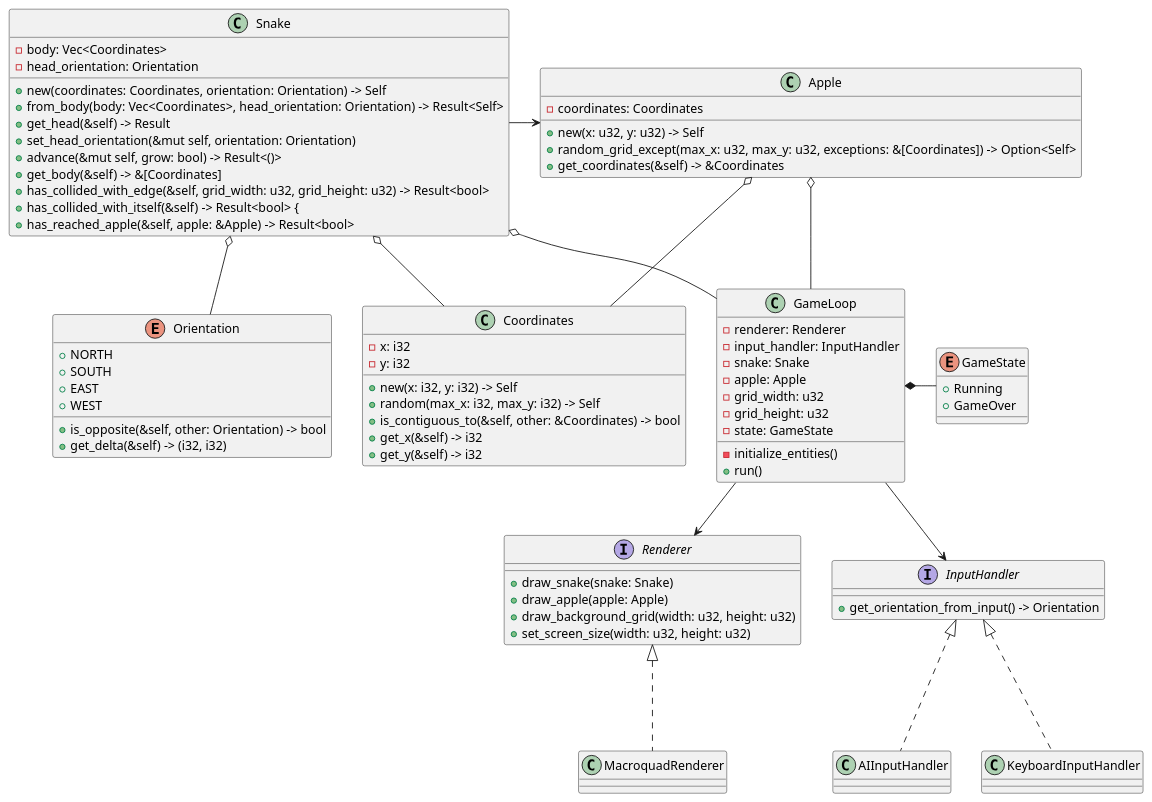
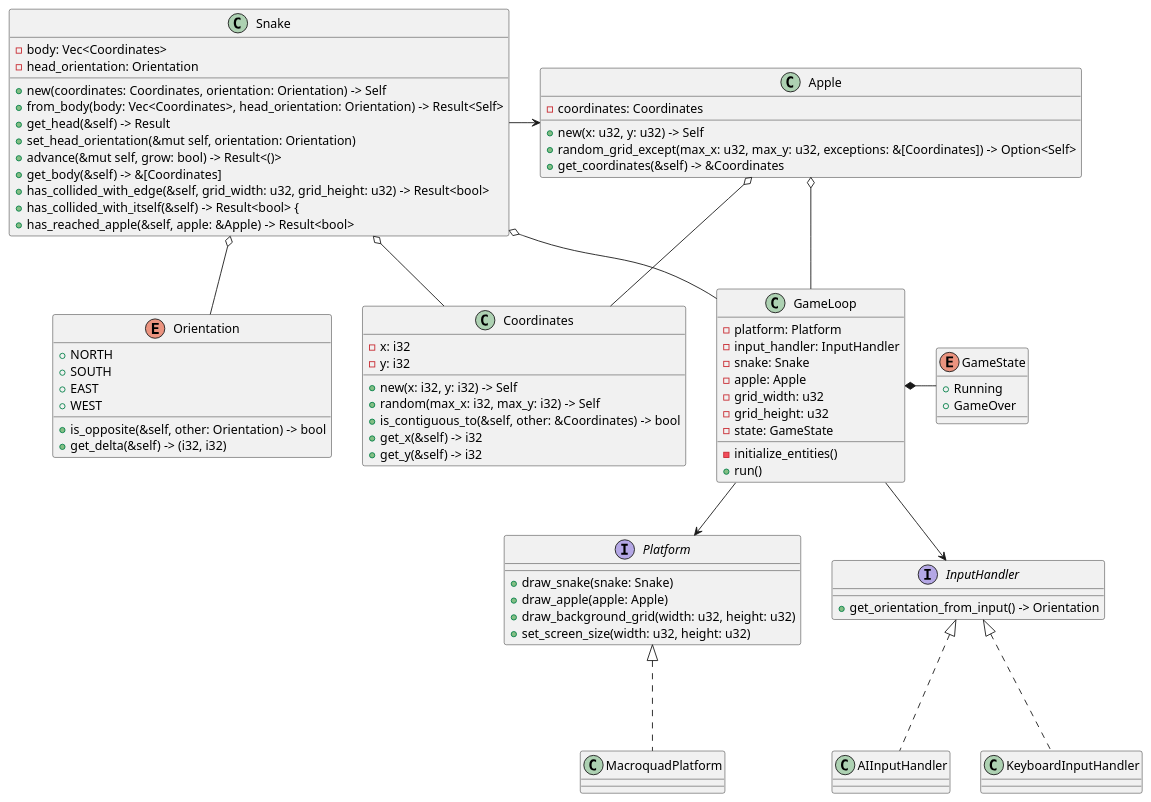
One commit to jmihali/snake-rust changed the diagram in docs/diagrams/src/class_diagram.wsd. Above: the diagram before and after it, drawn with PlantUML. The commit also changed 1 other file, not shown here.

Commit message:
chore: rename renderer to platform

```diff
--- a/docs/diagrams/src/class_diagram.wsd
+++ b/docs/diagrams/src/class_diagram.wsd
@@ -1,89 +1,89 @@
 @startuml joan
 
 Class Snake {
 - body: Vec<Coordinates>
 - head_orientation: Orientation
 + new(coordinates: Coordinates, orientation: Orientation) -> Self
 + from_body(body: Vec<Coordinates>, head_orientation: Orientation) -> Result<Self>
 + get_head(&self) -> Result<&Coordinates>
 + set_head_orientation(&mut self, orientation: Orientation) 
 + advance(&mut self, grow: bool) -> Result<()>
 + get_body(&self) -> &[Coordinates]
 + has_collided_with_edge(&self, grid_width: u32, grid_height: u32) -> Result<bool>
 + has_collided_with_itself(&self) -> Result<bool> {
 + has_reached_apple(&self, apple: &Apple) -> Result<bool>
 }
 
 Class Apple {
 - coordinates: Coordinates
 + new(x: u32, y: u32) -> Self
 + random_grid_except(max_x: u32, max_y: u32, exceptions: &[Coordinates]) -> Option<Self>
 + get_coordinates(&self) -> &Coordinates
 }
 
 Class Coordinates {
 - x: i32
 - y: i32
 + new(x: i32, y: i32) -> Self
 + random(max_x: i32, max_y: i32) -> Self
 + is_contiguous_to(&self, other: &Coordinates) -> bool
 + get_x(&self) -> i32
 + get_y(&self) -> i32
 }
 
 Enum Orientation {
     + NORTH
     + SOUTH
     + EAST
     + WEST
     + is_opposite(&self, other: Orientation) -> bool
     + get_delta(&self) -> (i32, i32)
 }
 
 Class GameLoop {
-- renderer: Renderer
+- platform: Platform
 - input_handler: InputHandler
 - snake: Snake
 - apple: Apple
 - grid_width: u32
 - grid_height: u32
 - state: GameState
 - initialize_entities()
 + run()
 }
 
 Enum GameState {
     + Running
     + GameOver
 }
 
-Interface Renderer {
+Interface Platform {
 + draw_snake(snake: Snake)
 + draw_apple(apple: Apple)
 + draw_background_grid(width: u32, height: u32)
 + set_screen_size(width: u32, height: u32)
 }
 
 Interface InputHandler {
 + get_orientation_from_input() -> Orientation
 }
 
 Snake -> Apple
 Snake o-- Coordinates
 Snake o-- Orientation
 Apple o- Coordinates
 
 GameLoop -up-o Snake
 GameLoop -up-o Apple
 
-GameLoop -down-> Renderer
+GameLoop -down-> Platform
 GameLoop -down-> InputHandler
 
 GameLoop *-right- GameState
-Renderer -right[hidden]- InputHandler
+Platform -right[hidden]- InputHandler
 
-MacroquadRenderer -up..|> Renderer
+MacroquadPlatform -up..|> Platform
 KeyboardInputHandler -up..|> InputHandler
 AIInputHandler -up..|> InputHandler
 
 @enduml
```
